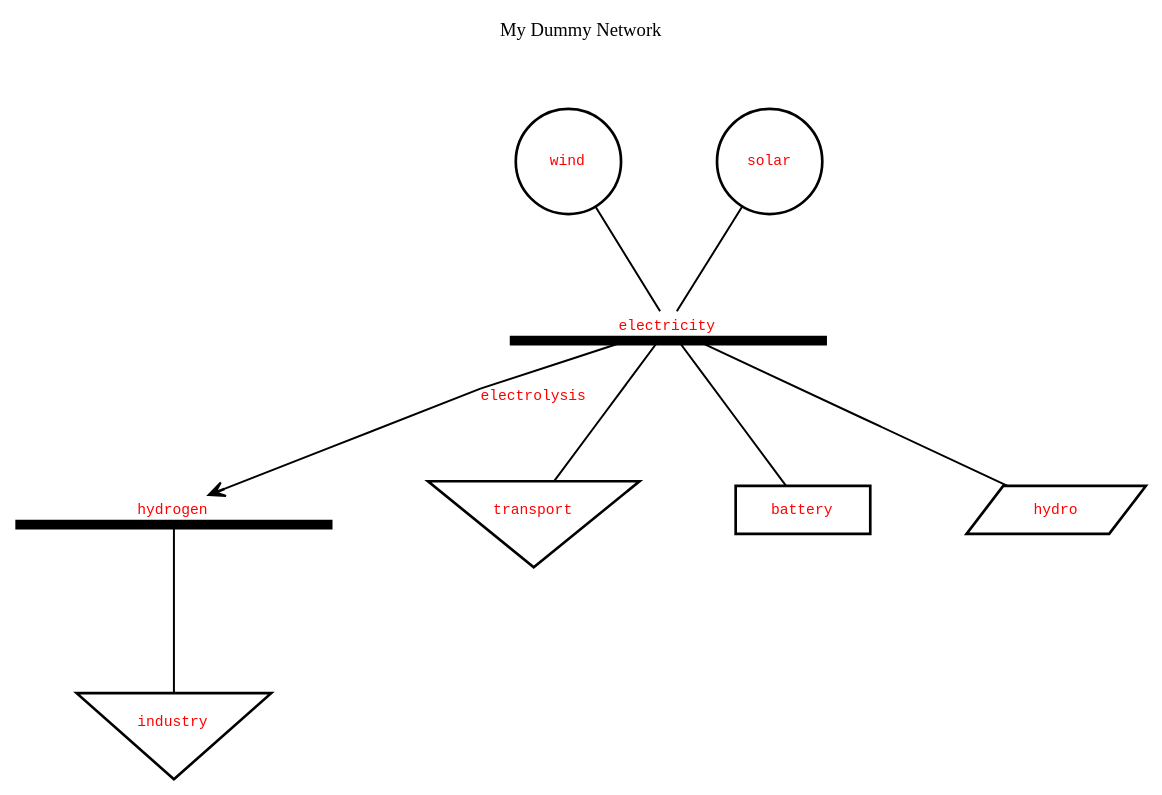
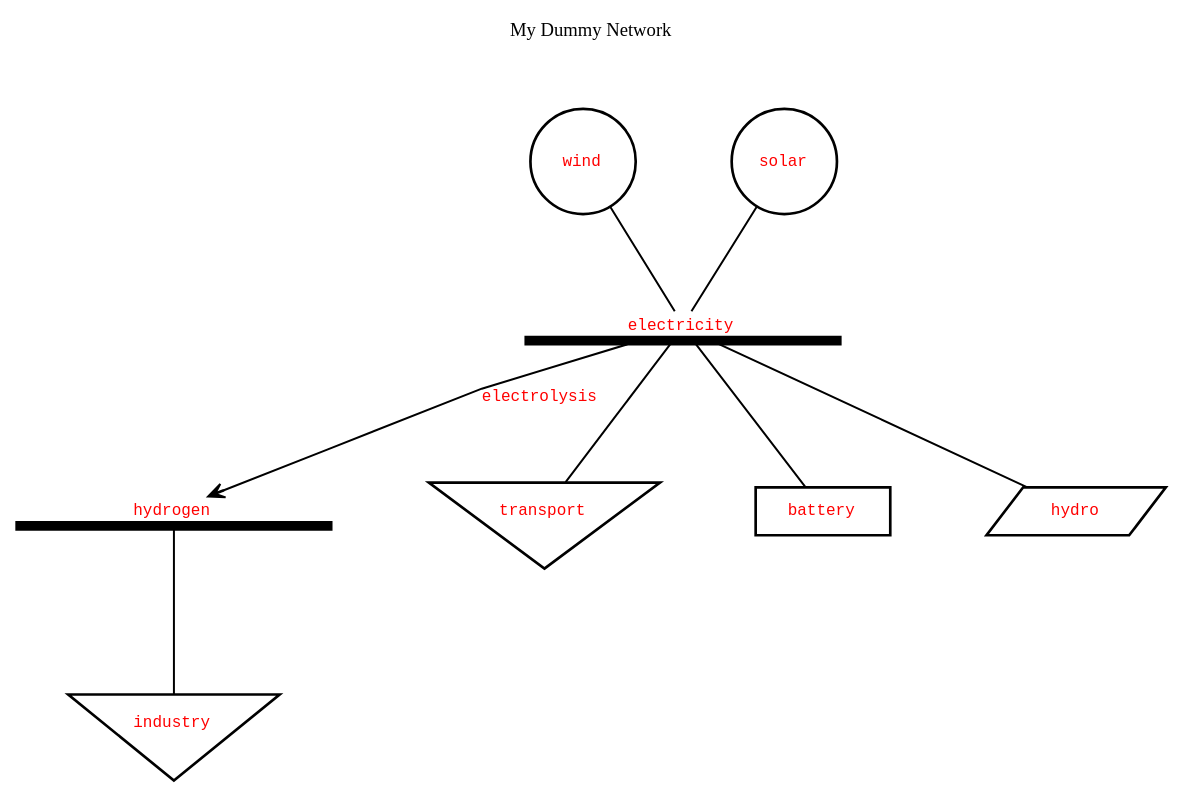
The diagram in resources/topography.dot (ricnogfer/pypsatopo), drawn with Graphviz before and after one commit. The commit also changed 1 other file, not shown here.

Commit message:
Updated graphical example in the documentation

```diff
--- a/resources/topography.dot
+++ b/resources/topography.dot
@@ -1,162 +1,162 @@
 //
-// Generated by PyPSATopo version 1.1.3 (on the 2025/08/27 at 09:26:42) using the following parameters: 
+// Generated by PyPSATopo version 1.1.3 (on the 2025/08/27 at 09:32:20) using the following parameters: 
 //
 //    file_input=None
 //    focus=None
 //    neighbourhood=0
 //    bus_filter=None
 //    generator_filter=None
 //    load_filter=None
 //    store_filter=None
 //    storage_unit_filter=None
 //    link_filter=None
 //    line_filter=None
 //    carrier_filter=None
 //    negative_efficiency=True
 //    broken_missing=False
 //    carrier_color=None
 //    context=False
 //    file_output=topography.svg
 //    file_format=svg
 //    log=False
 //    log_info=False
 //    log_warning=False
 //
 
 digraph "My Dummy Network"
 {
    // digraph layout
    bgcolor = "white"
    labelloc = "t"
    label = "My Dummy Network
 
 
            "
    tooltip = "Network: My Dummy Network
 Buses: 2 (out of 2)
 Generators: 2 (out of 2)
 Loads: 2 (out of 2)
 Stores: 1 (out of 1)
 Storage units: 1 (out of 1)
 Links: 1 (out of 1)
 Lines: 0 (out of 0)
 Snapshots: 1"
    rankdir = "TB"
    ranksep = 1.00
    nodesep = 1.00
    splines = "polyline"
-   node [fontname = "Courier New", fontsize = 11.00]
-   edge [fontname = "Courier New", fontsize = 11.00]
+   node [fontname = "Courier New", fontsize = 12.00]
+   edge [fontname = "Courier New", fontsize = 12.00]
 
    // buses (2)
    "electricity (bus)" [label = <<font color = "red">electricity</font>>, tooltip = "Bus: electricity
 Carrier: AC
 Unit: 
 Generators: 2
 Loads: 1
 Stores: 1
 Storage units: 1
 Incoming links: 0
 Outgoing links: 1
 Lines: 0
 
 Power time series: N/A ", shape = "underline", width = 3.30, height = 0.30, style = "setlinewidth(7.30)", color = "black"]
    "hydrogen (bus)" [label = <<font color = "red">hydrogen</font>>, tooltip = "Bus: hydrogen
 Carrier: AC
 Unit: 
 Generators: 0
 Loads: 1
 Stores: 0
 Storage units: 0
 Incoming links: 1
 Outgoing links: 0
 Lines: 0
 
 Power time series: N/A ", shape = "underline", width = 3.30, height = 0.30, style = "setlinewidth(7.30)", color = "black"]
 
    // generators (2)
    "wind (generator)" [label = <<font color = "red">wind</font>>, tooltip = "Generator: wind
 Bus: electricity
 Carrier: 
 Extendable nominal power: False
 Nominal power: 0.00 
 Power set: 0.00 
 Efficiency: 1.00
 Capital cost: 0.00 currency/
 Marginal cost: 0.00 currency/h
 
 Optimised nominal power: 0.00 
 Power time series: N/A ", shape = "circle", width = 1.10, style = "setlinewidth(2.00)", color = "black"]   "wind (generator)" -> "electricity (bus)" [style = "setlinewidth(1.50)", color = "black", arrowhead = "none"]
    "solar (generator)" [label = <<font color = "red">solar</font>>, tooltip = "Generator: solar
 Bus: electricity
 Carrier: 
 Extendable nominal power: False
 Nominal power: 0.00 
 Power set: 0.00 
 Efficiency: 1.00
 Capital cost: 0.00 currency/
 Marginal cost: 0.00 currency/h
 
 Optimised nominal power: 0.00 
 Power time series: N/A ", shape = "circle", width = 1.10, style = "setlinewidth(2.00)", color = "black"]   "solar (generator)" -> "electricity (bus)" [style = "setlinewidth(1.50)", color = "black", arrowhead = "none"]
 
    // loads (2)
    "transport (load)" [label = <<font color = "red">transport</font>>, tooltip = "Load: transport
 Bus: electricity
 Carrier: 
 Power set: 0.00 ", shape = "invtriangle", width = 1.50, height = 1.20, style = "setlinewidth(2.00)", color = "black"]   "electricity (bus)" -> "transport (load)" [style = "setlinewidth(1.50)", color = "black", arrowhead = "none"]
    "industry (load)" [label = <<font color = "red">industry</font>>, tooltip = "Load: industry
 Bus: hydrogen
 Carrier: 
 Power set: 0.00 ", shape = "invtriangle", width = 1.50, height = 1.20, style = "setlinewidth(2.00)", color = "black"]   "hydrogen (bus)" -> "industry (load)" [style = "setlinewidth(1.50)", color = "black", arrowhead = "none"]
 
    // stores (1)
    "battery (store)" [label = <<font color = "red">battery</font>>, tooltip = "Store: battery
 Bus: electricity
 Carrier: 
 Extendable nominal energy: False
 Nominal energy: 0.00 h
 Power set: 0.00 
 Cyclic energy: False
 Capital cost: 0.00 currency/
 Marginal cost: 0.00 currency/h
 
 Optimised nominal energy: 0.00 h
 Energy time series: N/A h
 Power time series: N/A ", shape = "box", width = 1.40, style = "setlinewidth(2.00)", color = "black"]   "electricity (bus)" -> "battery (store)" [style = "setlinewidth(1.50)", color = "black", arrowhead = "none"]
 
    // storage units (1)
    "hydro (storage unit)" [label = <<font color = "red">hydro</font>>, tooltip = "Storage unit: hydro
 Bus: electricity
 Carrier: 
 Extendable nominal power: False
 Nominal power: 0.00 
 Power set: 0.00 
 Charge cyclic state: False
 Capital cost: 0.00 currency/
 Marginal cost: 0.00 currency/h
 
 Optimised nominal power: 0.00 
 Power time series: N/A ", shape = "parallelogram", width = 1.80, style = "setlinewidth(2.00)", color = "black"]   "electricity (bus)" -> "hydro (storage unit)" [style = "setlinewidth(1.50)", color = "black", arrowhead = "none"]
 
    // links (1)
    "electricity (bus)" -> "hydrogen (bus)" [label = <<font color = "red">electrolysis</font>>, tooltip = "Link: electrolysis
 From: electricity (bus0)
 To: hydrogen (bus1)
 Carrier: 
 Extendable nominal power: False
 Nominal power: 0.00 MW
 Efficiency: 1.00
 Capital cost: 0.00 currency/MW
 Marginal cost: 0.00 currency/MWh
 
 Optimised nominal power: 0.00 MW
 Power time series (p0): N/A MW
 Power time series (p1): N/A MW", style = "setlinewidth(1.50)", color = "black", arrowhead = "vee", arrowsize = 1.20]
 
    // multi-link trunks (0)
 
    // multi-link branches (0)
 
    // lines (0)
 }
```
